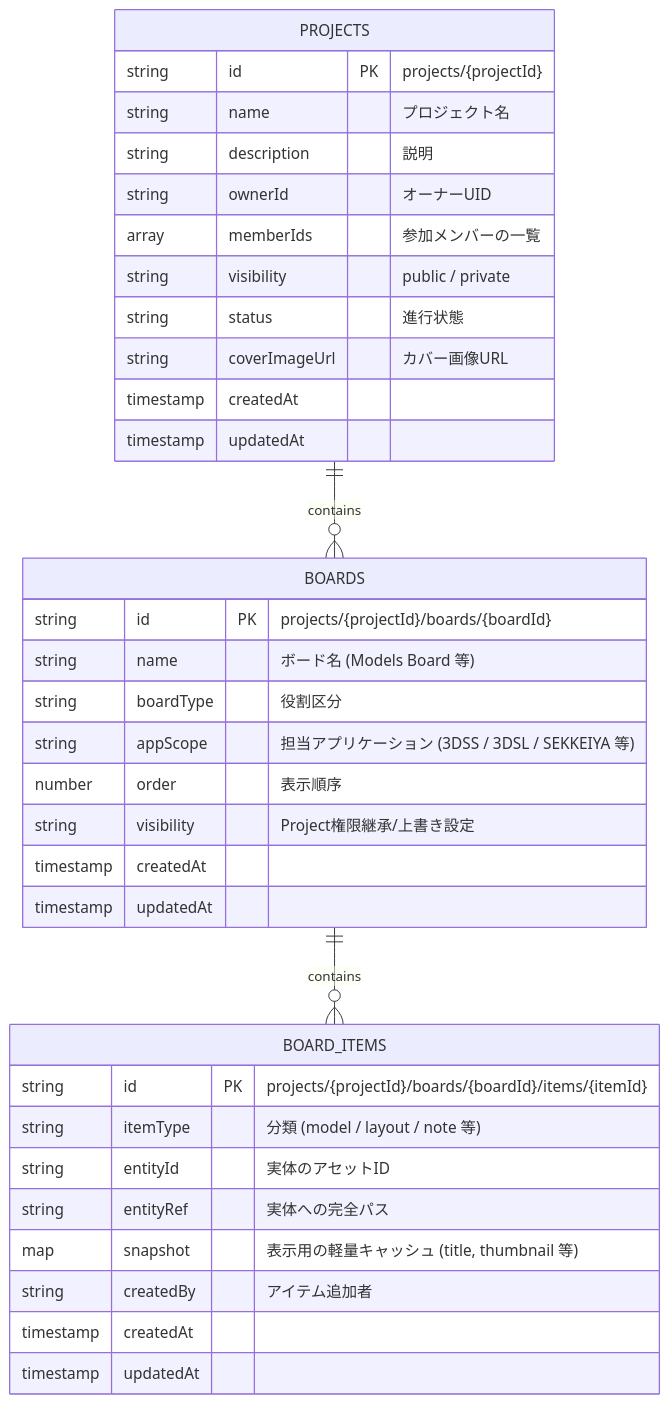
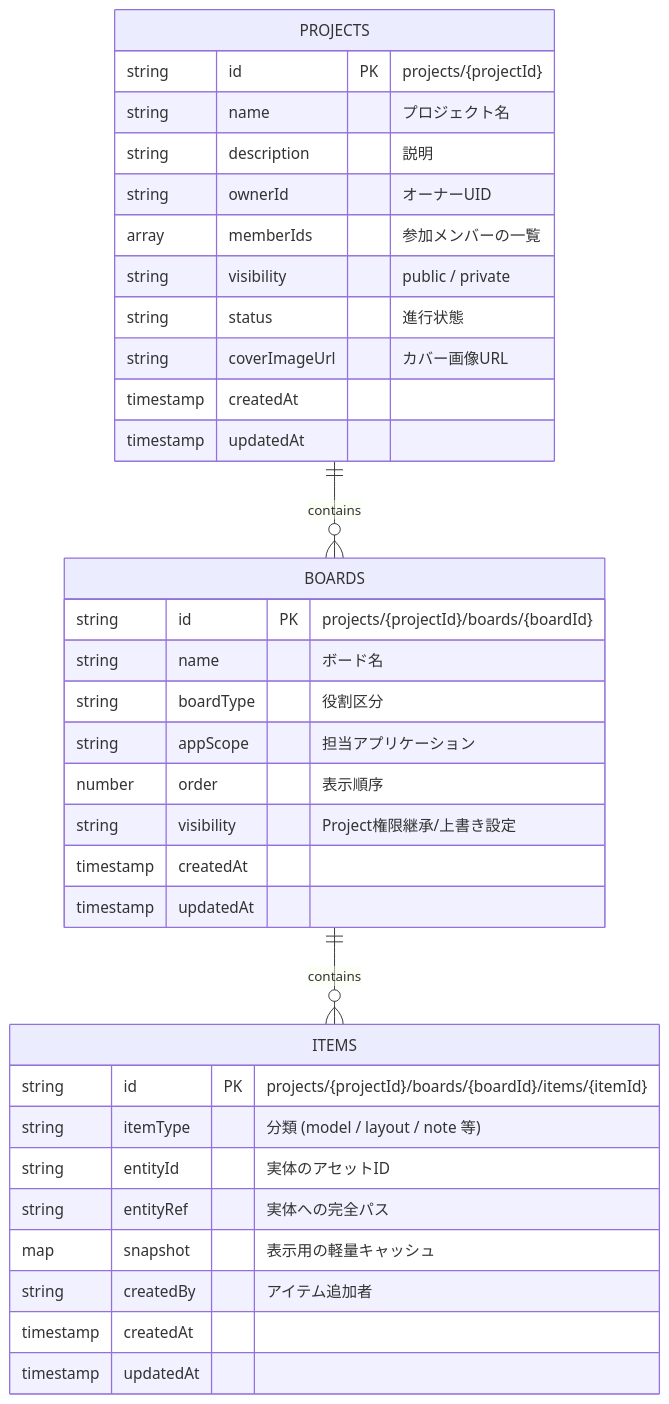
One commit to sekkeiya/SEKKEIYA changed the diagram in docs/diagrams/project-board-er.md. Above: the diagram before and after it, drawn with Mermaid. The commit also changed other lines of this file and 20 other files, not shown here.

Commit message:
docs: unify diagrams and architecture references

````diff
--- a/docs/diagrams/project-board-er.md
+++ b/docs/diagrams/project-board-er.md
@@ -7,39 +7,42 @@
 ```mermaid
 erDiagram
+    %% Entities
     PROJECTS ||--o{ BOARDS : "contains"
+    
     PROJECTS {
         string id PK "projects/{projectId}"
         string name "プロジェクト名"
         string description "説明"
         string ownerId "オーナーUID"
         array memberIds "参加メンバーの一覧"
         string visibility "public / private"
         string status "進行状態"
         string coverImageUrl "カバー画像URL"
         timestamp createdAt
         timestamp updatedAt
     }
 
-    BOARDS ||--o{ BOARD_ITEMS : "contains"
+    BOARDS ||--o{ ITEMS : "contains"
+    
     BOARDS {
         string id PK "projects/{projectId}/boards/{boardId}"
-        string name "ボード名 (Models Board 等)"
+        string name "ボード名"
         string boardType "役割区分"
-        string appScope "担当アプリケーション (3DSS / 3DSL / SEKKEIYA 等)"
+        string appScope "担当アプリケーション"
         number order "表示順序"
         string visibility "Project権限継承/上書き設定"
         timestamp createdAt
         timestamp updatedAt
     }
 
-    BOARD_ITEMS {
+    ITEMS {
         string id PK "projects/{projectId}/boards/{boardId}/items/{itemId}"
         string itemType "分類 (model / layout / note 等)"
         string entityId "実体のアセットID"
         string entityRef "実体への完全パス"
-        map snapshot "表示用の軽量キャッシュ (title, thumbnail 等)"
+        map snapshot "表示用の軽量キャッシュ"
         string createdBy "アイテム追加者"
         timestamp createdAt
         timestamp updatedAt
     }
 ```
````
